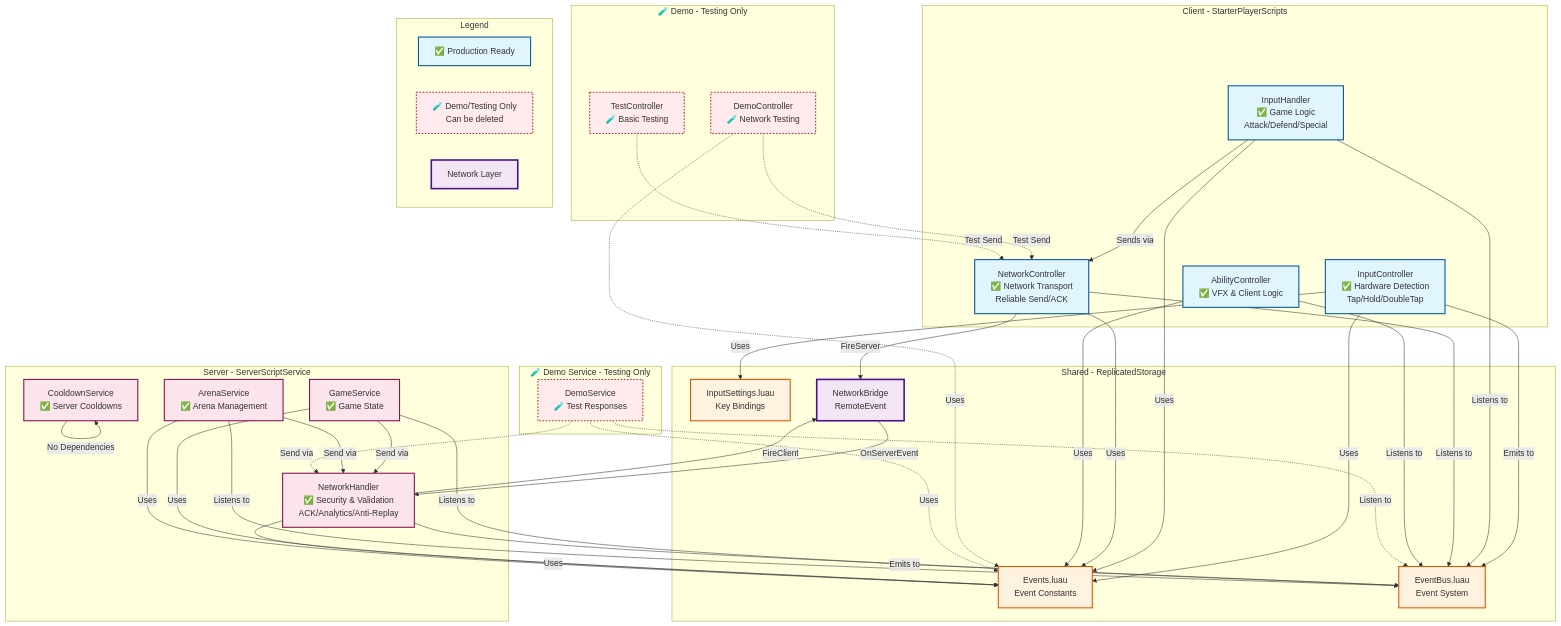
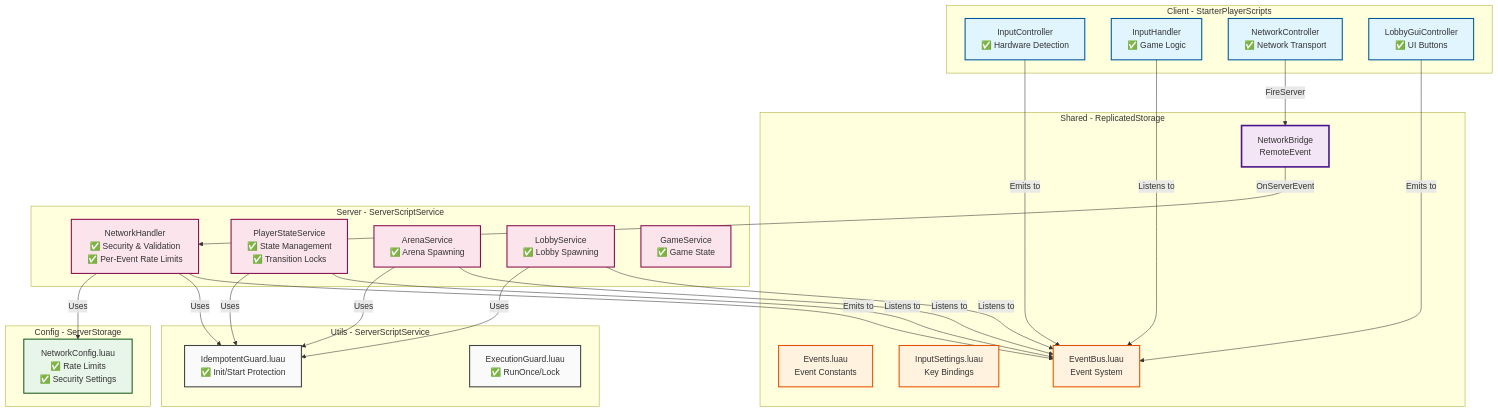
Before and after one commit to mekzqza/OneShortArena-Roblox: the diagram in docs/deps.md, drawn with Mermaid. The commit also changed other lines of this file and 3 other files, not shown here.

First line of the commit message:
docs: Update deps.md to include version information and enhance security architecture

````diff
--- a/docs/deps.md
+++ b/docs/deps.md
@@ -9,9 +20,21 @@
     classDef server fill:#fce4ec,stroke:#880e4f,stroke-width:2px;
     classDef shared fill:#fff3e0,stroke:#e65100,stroke-width:2px;
     classDef network fill:#f3e5f5,stroke:#4a148c,stroke-width:3px;
-    classDef demo fill:#ffebee,stroke:#c62828,stroke-width:2px,stroke-dasharray: 3 3;
+    classDef config fill:#e8f5e9,stroke:#1b5e20,stroke-width:2px;
+    classDef util fill:#fafafa,stroke:#424242,stroke-width:2px;
 
-    %% --- Shared Layer (Bottom) ---
+    %% --- Config Layer ---
+    subgraph ConfigLayer [Config - ServerStorage]
+        NetworkConfig[NetworkConfig.luau<br/>✅ Rate Limits<br/>✅ Security Settings]:::config
+    end
+
+    %% --- Utils Layer ---
+    subgraph UtilsLayer [Utils - ServerScriptService]
+        IdempotentGuard[IdempotentGuard.luau<br/>✅ Init/Start Protection]:::util
+        ExecutionGuard[ExecutionGuard.luau<br/>✅ RunOnce/Lock]:::util
+    end
+
+    %% --- Shared Layer ---
     subgraph SharedLayer [Shared - ReplicatedStorage]
         Events[Events.luau<br/>Event Constants]:::shared
         InputSettings[InputSettings.luau<br/>Key Bindings]:::shared
@@ -21,79 +44,37 @@
 
     %% --- Client Layer ---
     subgraph ClientLayer [Client - StarterPlayerScripts]
-        InputController[InputController<br/>✅ Hardware Detection<br/>Tap/Hold/DoubleTap]:::client
-        InputHandler[InputHandler<br/>✅ Game Logic<br/>Attack/Defend/Special]:::client
-        NetworkController[NetworkController<br/>✅ Network Transport<br/>Reliable Send/ACK]:::client
-        AbilityController[AbilityController<br/>✅ VFX & Client Logic]:::client
-    end
-
-    %% --- Demo Layer (Temporary) ---
-    subgraph DemoLayer [🧪 Demo - Testing Only]
-        DemoController[DemoController<br/>🧪 Network Testing]:::demo
-        TestController[TestController<br/>🧪 Basic Testing]:::demo
+        InputController[InputController<br/>✅ Hardware Detection]:::client
+        InputHandler[InputHandler<br/>✅ Game Logic]:::client
+        NetworkController[NetworkController<br/>✅ Network Transport]:::client
+        LobbyGuiController[LobbyGuiController<br/>✅ UI Buttons]:::client
     end
 
     %% --- Server Layer ---
     subgraph ServerLayer [Server - ServerScriptService]
-        NetworkHandler[NetworkHandler<br/>✅ Security & Validation<br/>ACK/Analytics/Anti-Replay]:::server
-        CooldownService[CooldownService<br/>✅ Server Cooldowns]:::server
+        NetworkHandler[NetworkHandler<br/>✅ Security & Validation<br/>✅ Per-Event Rate Limits]:::server
+        PlayerStateService[PlayerStateService<br/>✅ State Management<br/>✅ Transition Locks]:::server
+        ArenaService[ArenaService<br/>✅ Arena Spawning]:::server
+        LobbyService[LobbyService<br/>✅ Lobby Spawning]:::server
         GameService[GameService<br/>✅ Game State]:::server
-        ArenaService[ArenaService<br/>✅ Arena Management]:::server
     end
 
-    %% --- Demo Service ---
-    subgraph DemoServiceLayer [🧪 Demo Service - Testing Only]
-        DemoService[DemoService<br/>🧪 Test Responses]:::demo
-    end
-
-    %% --- Client Dependencies ---
-    InputController -->|Uses| Events
-    InputController -->|Uses| InputSettings
+    %% --- Dependencies ---
+    NetworkHandler -->|Uses| NetworkConfig
+    NetworkHandler -->|Uses| IdempotentGuard
+    PlayerStateService -->|Uses| IdempotentGuard
+    ArenaService -->|Uses| IdempotentGuard
+    LobbyService -->|Uses| IdempotentGuard
+    
     InputController -->|Emits to| EventBus
+    InputHandler -->|Listens to| EventBus
+    LobbyGuiController -->|Emits to| EventBus
     
-    InputHandler -->|Listens to| EventBus
-    InputHandler -->|Uses| Events
-    InputHandler -->|Sends via| NetworkController
-    
-    NetworkController -->|Uses| Events
     NetworkController -->|FireServer| RemoteEvent
-    NetworkController -->|Listens to| EventBus
-    
-    AbilityController -->|Uses| Events
-    AbilityController -->|Listens to| EventBus
-
-    %% --- Demo Dependencies (Temporary) ---
-    DemoController -.->|Test Send| NetworkController
-    DemoController -.->|Uses| Events
-    TestController -.->|Test Send| NetworkController
-
-    %% --- Network Flow ---
     RemoteEvent -->|OnServerEvent| NetworkHandler
-    NetworkHandler -->|FireClient| RemoteEvent
-    
-    %% --- Server Dependencies ---
-    NetworkHandler -->|Uses| Events
     NetworkHandler -->|Emits to| EventBus
     
-    GameService -->|Listens to| EventBus
-    GameService -->|Uses| Events
-    GameService -->|Send via| NetworkHandler
-    
+    PlayerStateService -->|Listens to| EventBus
     ArenaService -->|Listens to| EventBus
-    ArenaService -->|Uses| Events
-    ArenaService -->|Send via| NetworkHandler
-    
-    CooldownService -->|No Dependencies|CooldownService
-
-    %% --- Demo Service Dependencies ---
-    DemoService -.->|Listen to| EventBus
-    DemoService -.->|Uses| Events
-    DemoService -.->|Send via| NetworkHandler
-
-    %% --- Legend ---
-    subgraph Legend
-        L1[✅ Production Ready]:::client
-        L2[🧪 Demo/Testing Only<br/>Can be deleted]:::demo
-        L3[Network Layer]:::network
-    end
+    LobbyService -->|Listens to| EventBus
 ```
````
